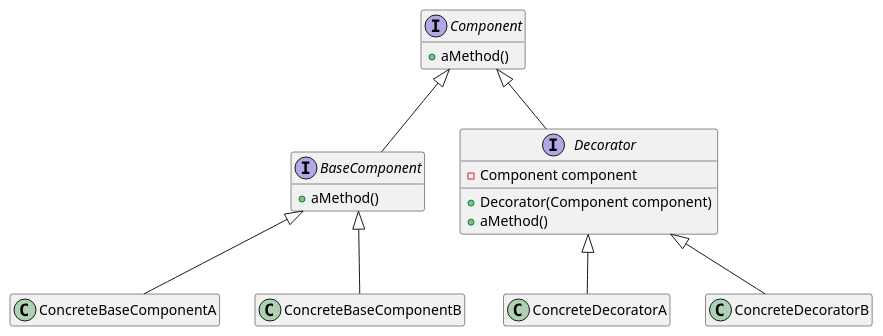
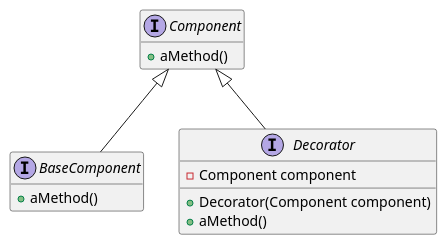
One commit to gama79530/DesignPattern changed the diagram in DecoratorPattern/DecoratorPattern.puml. Above: the diagram before and after it, drawn with PlantUML. The commit also changed 3 other files, not shown here.

```diff
--- a/DecoratorPattern/DecoratorPattern.puml
+++ b/DecoratorPattern/DecoratorPattern.puml
@@ -1,37 +1,21 @@
 @startuml DecoratorPattern
 hide empty members
 
 interface Component{
     + aMethod()
 } 
 
 interface BaseComponent{
     + aMethod()
 }
 
 interface Decorator{
     - Component component
     + Decorator(Component component)
     + aMethod()
 }
 
-class ConcreteBaseComponentA{
-}
-
-class ConcreteBaseComponentB{
-}
-
-class ConcreteDecoratorA{
-}
-
-class ConcreteDecoratorB{
-}
-
 Component <|-- BaseComponent
 Component <|-- Decorator
-BaseComponent <|-- ConcreteBaseComponentA
-BaseComponent <|-- ConcreteBaseComponentB
-Decorator <|-- ConcreteDecoratorA
-Decorator <|-- ConcreteDecoratorB
 
 @enduml
```
